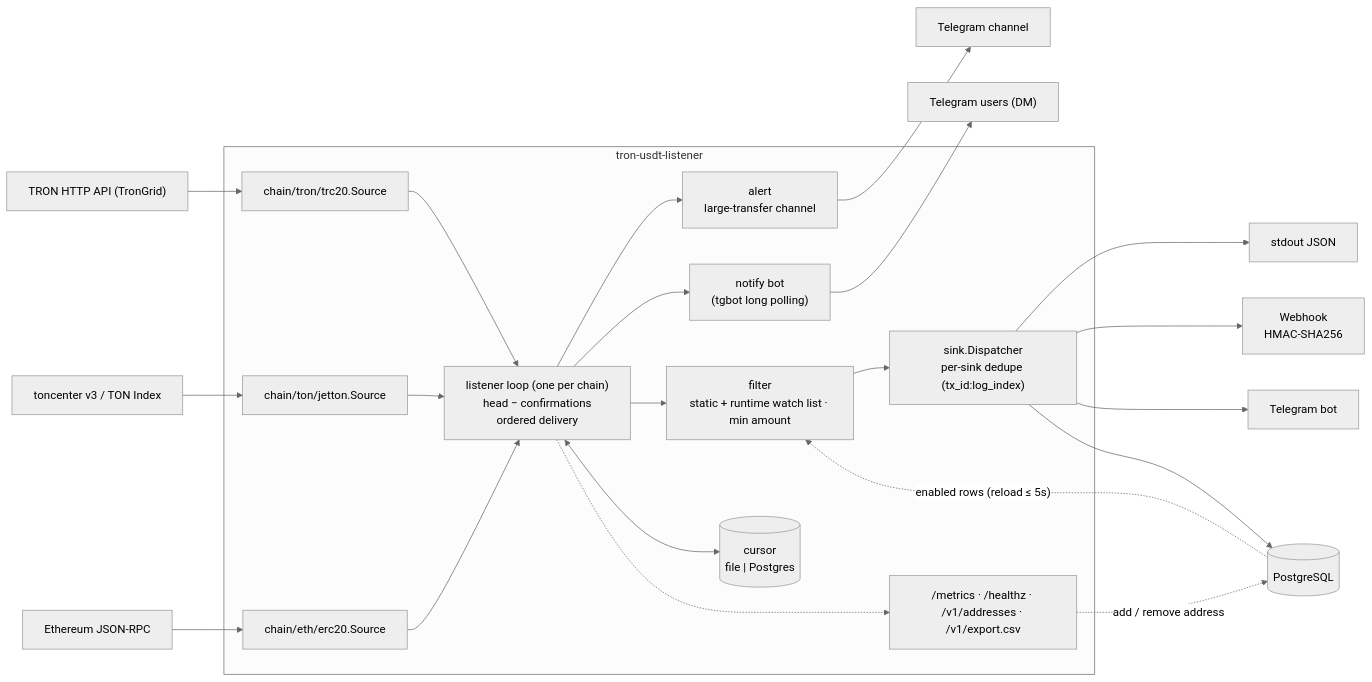
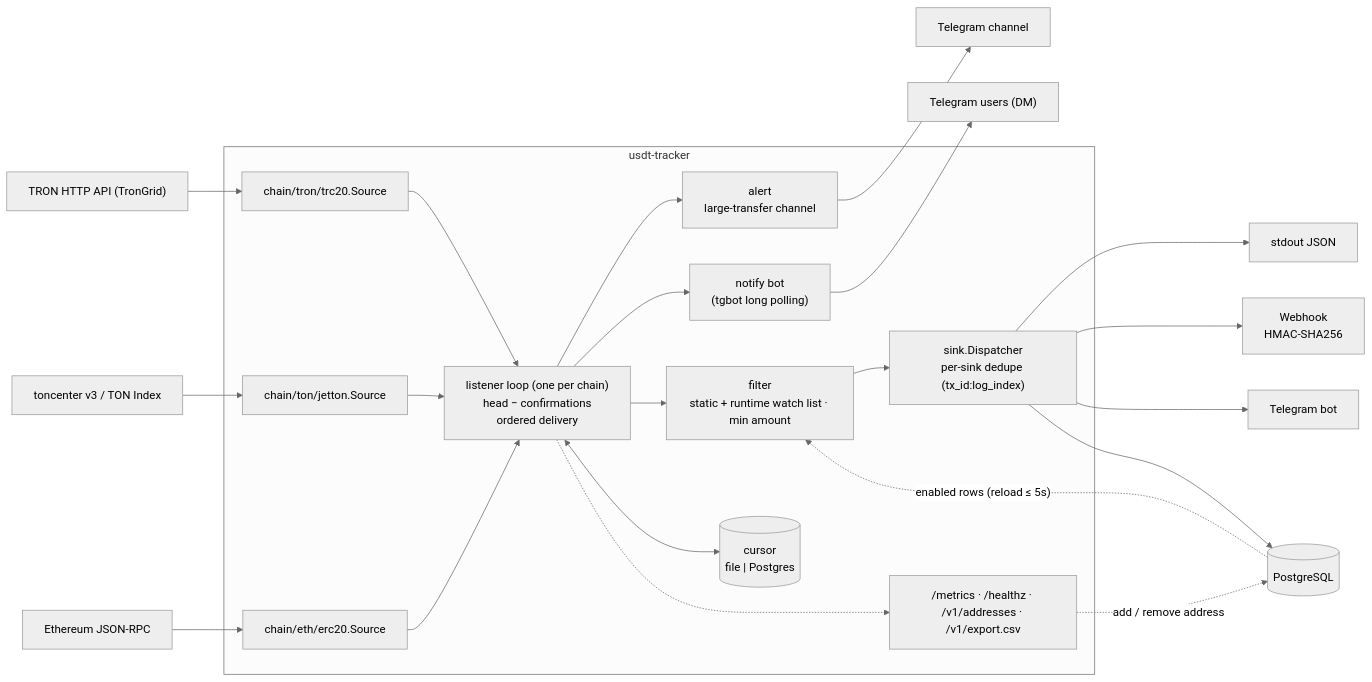
The diagram in README.md (co-codin/USDT-Tracker), drawn with Mermaid (neutral theme) before and after one commit. The commit also changed other lines of this file and 8 other files, not shown here.

````diff
--- a/README.md
+++ b/README.md
@@ -66,34 +66,34 @@
 ```mermaid
 flowchart LR
     TRON["TRON HTTP API (TronGrid)"]
     TONAPI["toncenter v3 / TON Index"]
     ETHRPC["Ethereum JSON-RPC"]
 
-    subgraph L["tron-usdt-listener"]
+    subgraph L["usdt-tracker"]
         S1["chain/tron/trc20.Source"]
         S2["chain/ton/jetton.Source"]
         S3["chain/eth/erc20.Source"]
         F["filter<br/>static + runtime watch list · min amount"]
         P["listener loop (one per chain)<br/>head − confirmations<br/>ordered delivery"]
         X["sink.Dispatcher<br/>per-sink dedupe (tx_id:log_index)"]
         K[("cursor<br/>file | Postgres")]
         M["/metrics · /healthz · /v1/addresses · /v1/export.csv"]
         A["alert<br/>large-transfer channel"]
         N["notify bot<br/>(tgbot long polling)"]
     end
 
     TRON --> S1 --> P
     TONAPI --> S2 --> P
     ETHRPC --> S3 --> P
     P --> A --> TC["Telegram channel"]
     P --> N --> TU["Telegram users (DM)"]
     P --> F --> X
     P <--> K
     X --> O["stdout JSON"]
     X --> W["Webhook<br/>HMAC-SHA256"]
     X --> T["Telegram bot"]
     X --> G[("PostgreSQL")]
     P -.-> M
     M -. "add / remove address" .-> G
     G -. "enabled rows (reload ≤ 5s)" .-> F
 ```
````
